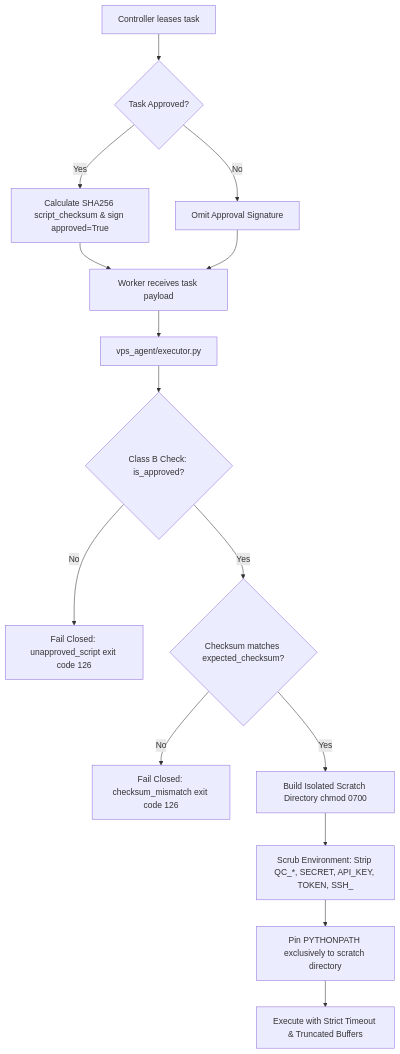
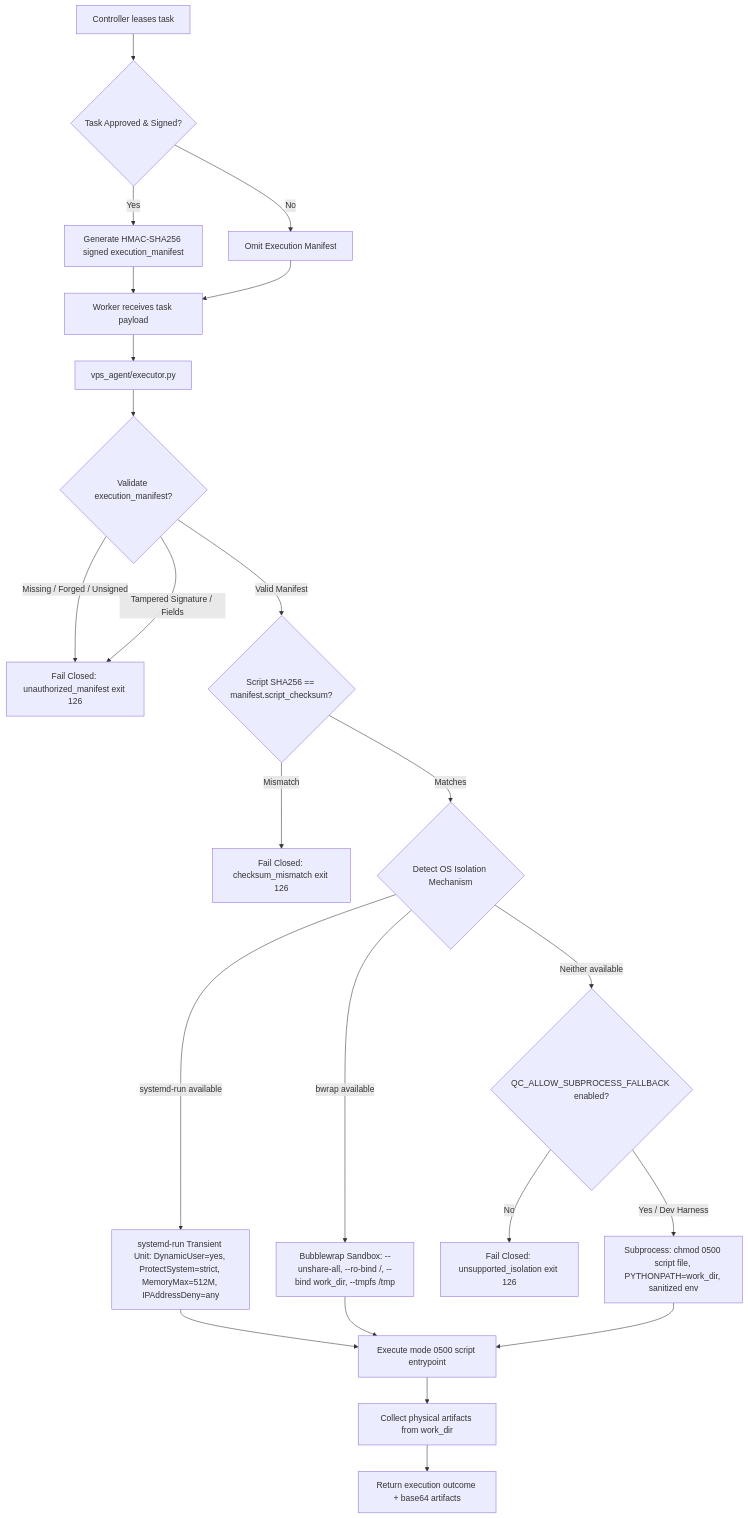
One commit to mattcallaway/qwen_cluster_interface changed the diagram in EXECUTION_ISOLATION_VALIDATION.md. Above: the diagram before and after it, drawn with Mermaid. The commit also changed other lines of this file and 17 other files, not shown here.

Commit message:
fix(security): complete final execution isolation, metric integrity, artifact verification, and migration safety pass

````diff
--- a/EXECUTION_ISOLATION_VALIDATION.md
+++ b/EXECUTION_ISOLATION_VALIDATION.md
@@ -19,17 +24,25 @@
 ```mermaid
 graph TD
-    A[Controller leases task] --> B{Task Approved?}
-    B -- No --> C[Omit Approval Signature]
-    B -- Yes --> D[Calculate SHA256 script_checksum & sign approved=True]
+    A[Controller leases task] --> B{Task Approved & Signed?}
+    B -- No --> C[Omit Execution Manifest]
+    B -- Yes --> D[Generate HMAC-SHA256 signed execution_manifest]
     D --> E[Worker receives task payload]
     C --> E
     E --> F[vps_agent/executor.py]
-    F --> G{Class B Check: is_approved?}
-    G -- No --> H[Fail Closed: unapproved_script exit code 126]
-    G -- Yes --> I{Checksum matches expected_checksum?}
-    I -- No --> J[Fail Closed: checksum_mismatch exit code 126]
-    I -- Yes --> K[Build Isolated Scratch Directory chmod 0700]
-    K --> L[Scrub Environment: Strip QC_*, SECRET, API_KEY, TOKEN, SSH_]
-    L --> M[Pin PYTHONPATH exclusively to scratch directory]
-    M --> N[Execute with Strict Timeout & Truncated Buffers]
+    F --> G{Validate execution_manifest?}
+    G -- Missing / Forged / Unsigned --> H[Fail Closed: unauthorized_manifest exit 126]
+    G -- Tampered Signature / Fields --> H
+    G -- Valid Manifest --> I{Script SHA256 == manifest.script_checksum?}
+    I -- Mismatch --> J[Fail Closed: checksum_mismatch exit 126]
+    I -- Matches --> K{Detect OS Isolation Mechanism}
+    K -- systemd-run available --> L[systemd-run Transient Unit: DynamicUser=yes, ProtectSystem=strict, MemoryMax=512M, IPAddressDeny=any]
+    K -- bwrap available --> M[Bubblewrap Sandbox: --unshare-all, --ro-bind /, --bind work_dir, --tmpfs /tmp]
+    K -- Neither available --> N{QC_ALLOW_SUBPROCESS_FALLBACK enabled?}
+    N -- No --> O[Fail Closed: unsupported_isolation exit 126]
+    N -- Yes / Dev Harness --> P[Subprocess: chmod 0500 script file, PYTHONPATH=work_dir, sanitized env]
+    L --> Q[Execute mode 0500 script entrypoint]
+    M --> Q
+    P --> Q
+    Q --> R[Collect physical artifacts from work_dir]
+    R --> S[Return execution outcome + base64 artifacts]
 ```
````
